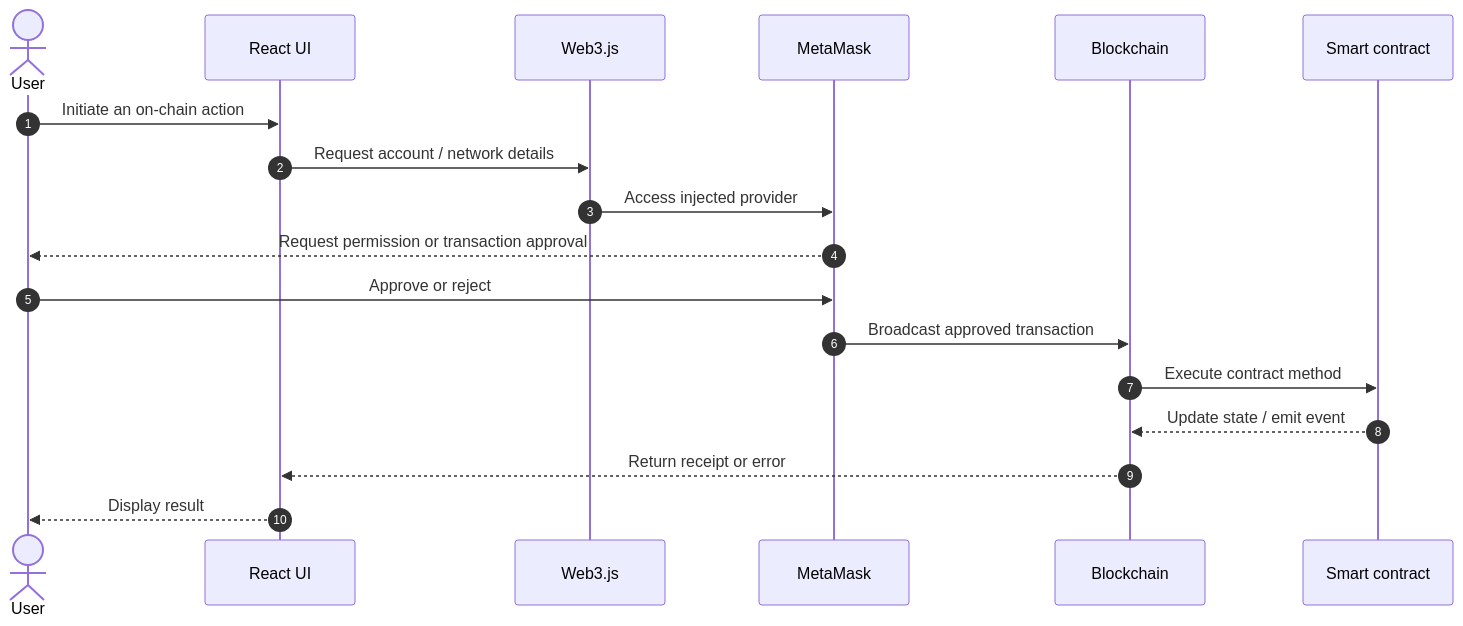
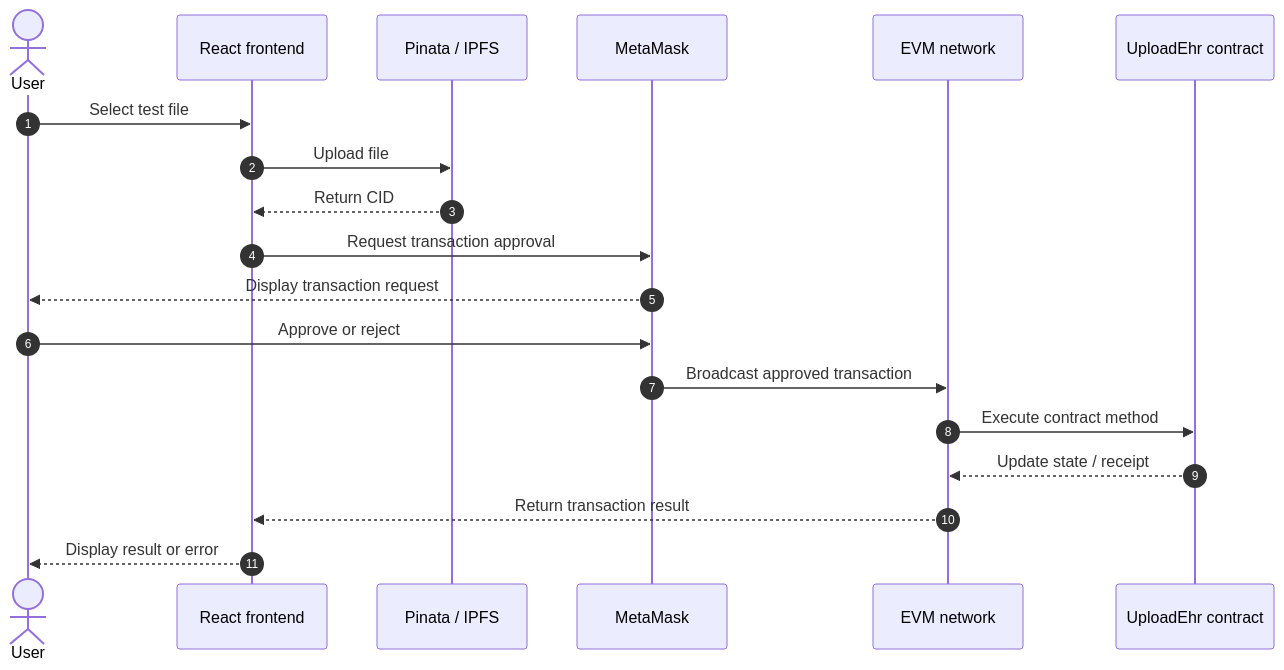
One commit to TheZohaibKhan/EHR changed the fourth of 5 diagrams in README.md. Above: the diagram before and after it, drawn with Mermaid. The commit also changed other lines of this file, not shown here.

````diff
--- a/README.md
+++ b/README.md
@@ -273,21 +253,22 @@
 ```mermaid
 sequenceDiagram
     autonumber
     actor User
-    participant UI as React UI
-    participant Web3 as Web3.js
+    participant UI as React frontend
+    participant Pinata as Pinata / IPFS
     participant Wallet as MetaMask
-    participant Chain as Blockchain
-    participant Contract as Smart contract
+    participant Chain as EVM network
+    participant Contract as UploadEhr contract
 
-    User->>UI: Initiate an on-chain action
-    UI->>Web3: Request account / network details
-    Web3->>Wallet: Access injected provider
-    Wallet-->>User: Request permission or transaction approval
+    User->>UI: Select test file
+    UI->>Pinata: Upload file
+    Pinata-->>UI: Return CID
+    UI->>Wallet: Request transaction approval
+    Wallet-->>User: Display transaction request
     User->>Wallet: Approve or reject
     Wallet->>Chain: Broadcast approved transaction
     Chain->>Contract: Execute contract method
-    Contract-->>Chain: Update state / emit event
-    Chain-->>UI: Return receipt or error
-    UI-->>User: Display result
+    Contract-->>Chain: Update state / receipt
+    Chain-->>UI: Return transaction result
+    UI-->>User: Display result or error
 ```
````
